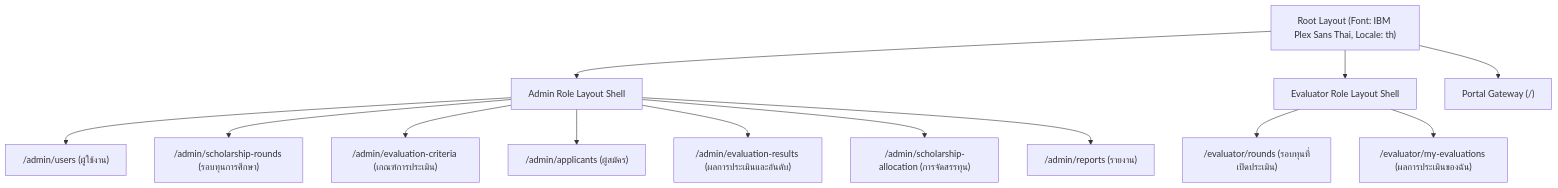
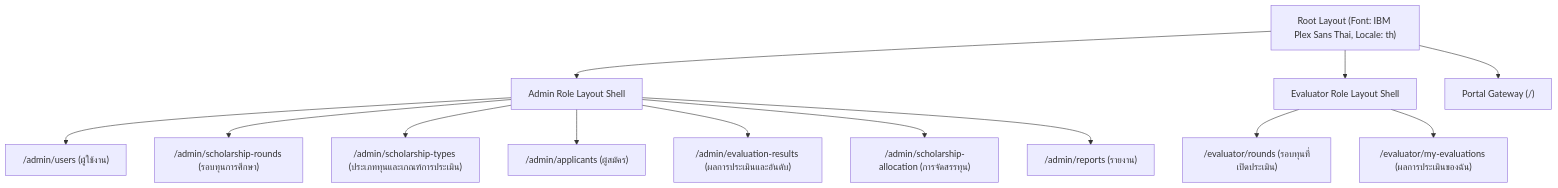
Before and after one commit to warattapobwaiarsa/SEMS-KKU: the diagram in docs/05-design/ui-navigation-and-layout.md, drawn with Mermaid. The commit also changed other lines of this file and 30 other files, not shown here.

````diff
--- a/docs/05-design/ui-navigation-and-layout.md
+++ b/docs/05-design/ui-navigation-and-layout.md
@@ -11,18 +11,18 @@
 ```mermaid
 flowchart TD
     Root["Root Layout (Font: IBM Plex Sans Thai, Locale: th)"]
     Root --> AdminShell["Admin Role Layout Shell"]
     Root --> EvaluatorShell["Evaluator Role Layout Shell"]
     Root --> Gateway["Portal Gateway (/)"]
 
     AdminShell --> A1["/admin/users (ผู้ใช้งาน)"]
     AdminShell --> A2["/admin/scholarship-rounds (รอบทุนการศึกษา)"]
-    AdminShell --> A3["/admin/evaluation-criteria (เกณฑ์การประเมิน)"]
+    AdminShell --> A3["/admin/scholarship-types (ประเภททุนและเกณฑ์การประเมิน)"]
     AdminShell --> A4["/admin/applicants (ผู้สมัคร)"]
     AdminShell --> A5["/admin/evaluation-results (ผลการประเมินและอันดับ)"]
     AdminShell --> A6["/admin/scholarship-allocation (การจัดสรรทุน)"]
     AdminShell --> A7["/admin/reports (รายงาน)"]
 
     EvaluatorShell --> E1["/evaluator/rounds (รอบทุนที่เปิดประเมิน)"]
     EvaluatorShell --> E2["/evaluator/my-evaluations (ผลการประเมินของฉัน)"]
 ```
````
